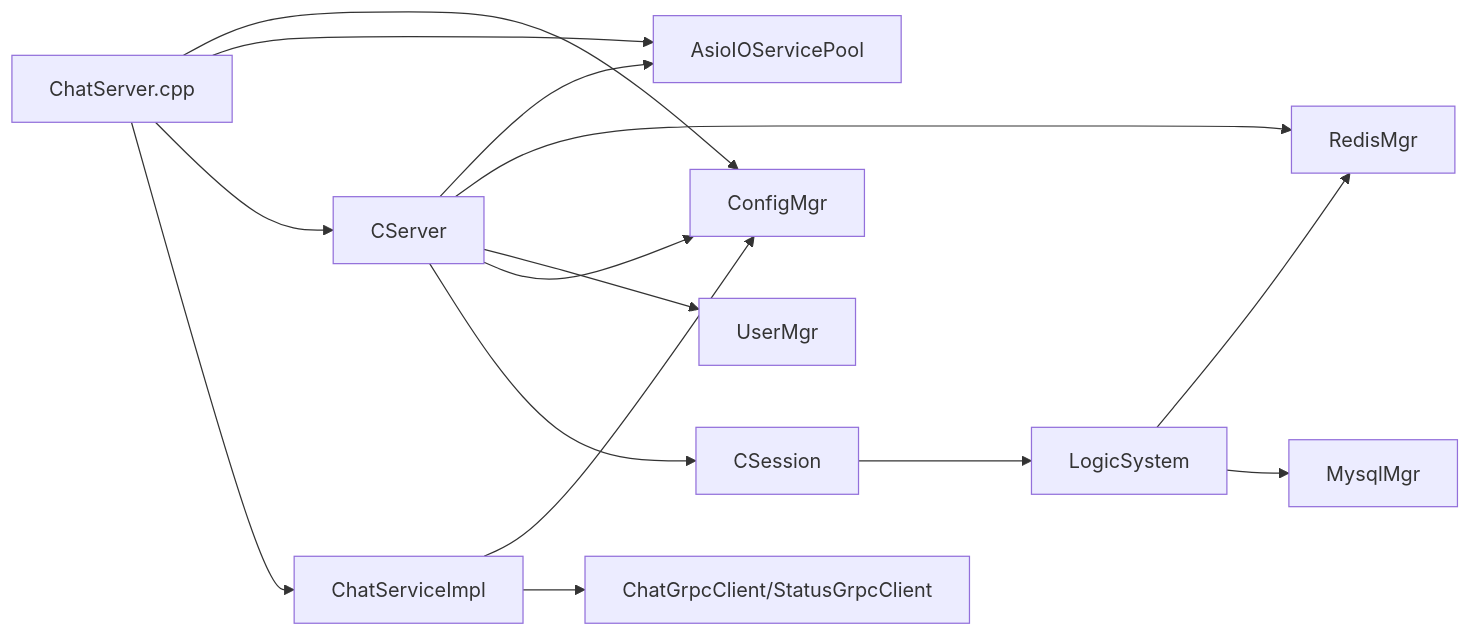
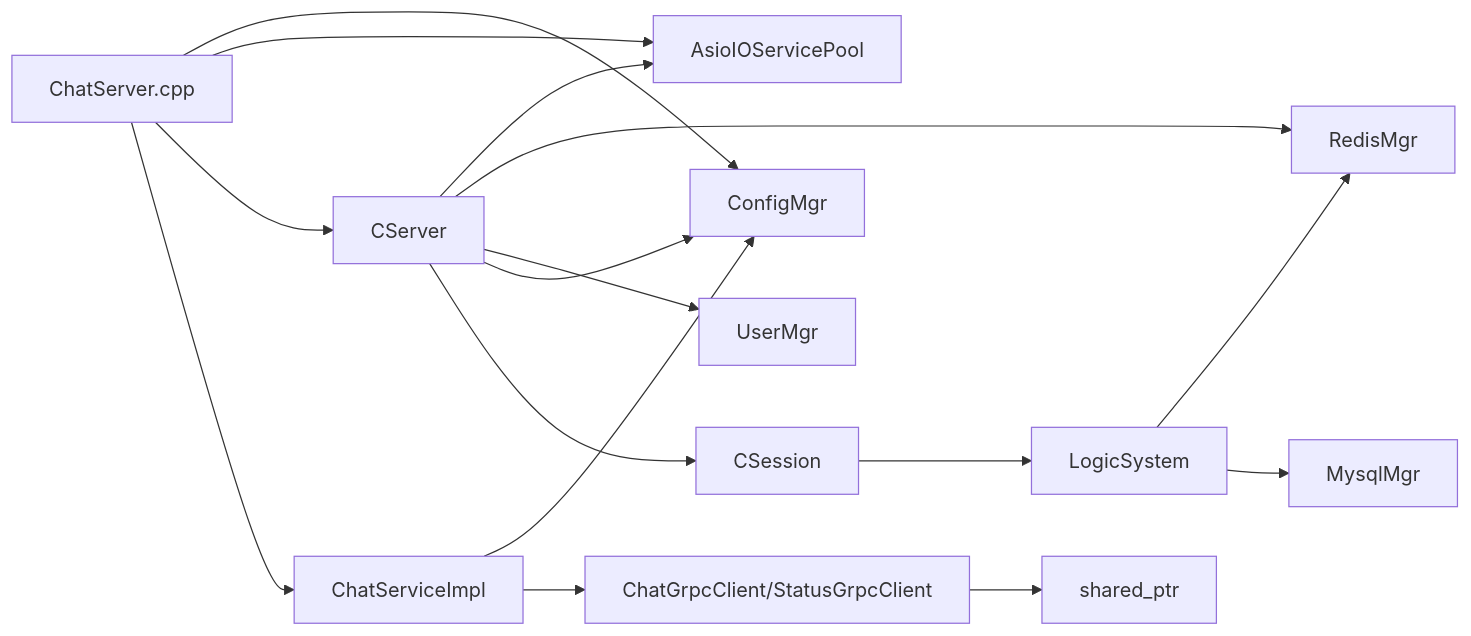
Before and after one commit to echo9923/mychatter: the tenth of 10 diagrams in .qoder/repowiki/zh/content/服务端开发/ChatServer聊天核心服务/核心服务架构.md, drawn with Mermaid. The commit also changed other lines of this file and 54 other files, not shown here.

````diff
--- a/.qoder/repowiki/zh/content/服务端开发/ChatServer聊天核心服务/核心服务架构.md
+++ b/.qoder/repowiki/zh/content/服务端开发/ChatServer聊天核心服务/核心服务架构.md
@@ -361,17 +427,18 @@
 ```mermaid
 graph LR
 Main["ChatServer.cpp"] --> Cfg["ConfigMgr"]
 Main --> Pool["AsioIOServicePool"]
 Main --> Srv["CServer"]
 Main --> GRPC["ChatServiceImpl"]
 Srv --> Pool
 Srv --> Redis["RedisMgr"]
 Srv --> UserMgr["UserMgr"]
 Srv --> Cfg
 Srv --> Session["CSession"]
 Session --> Logic["LogicSystem"]
 Logic --> Redis
 Logic --> Mysql["MysqlMgr"]
 GRPC --> Cfg
 GRPC --> Client["ChatGrpcClient/StatusGrpcClient"]
+Client --> Channel["shared_ptr<Channel>"]
 ```
````
